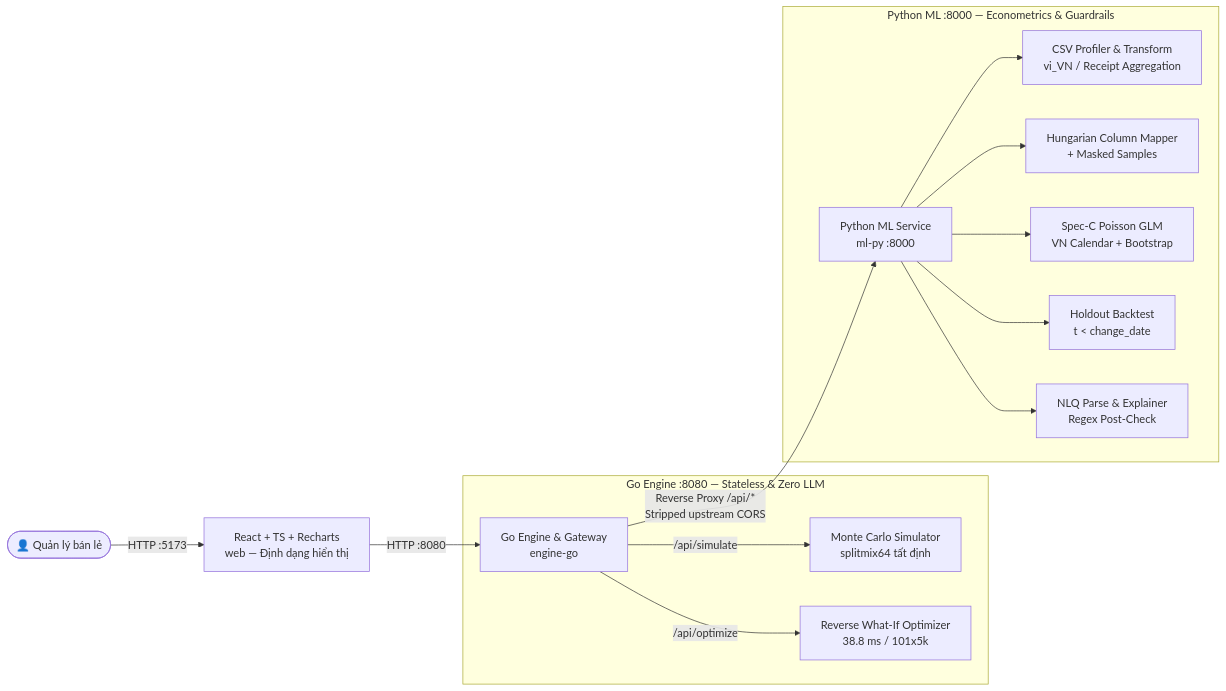
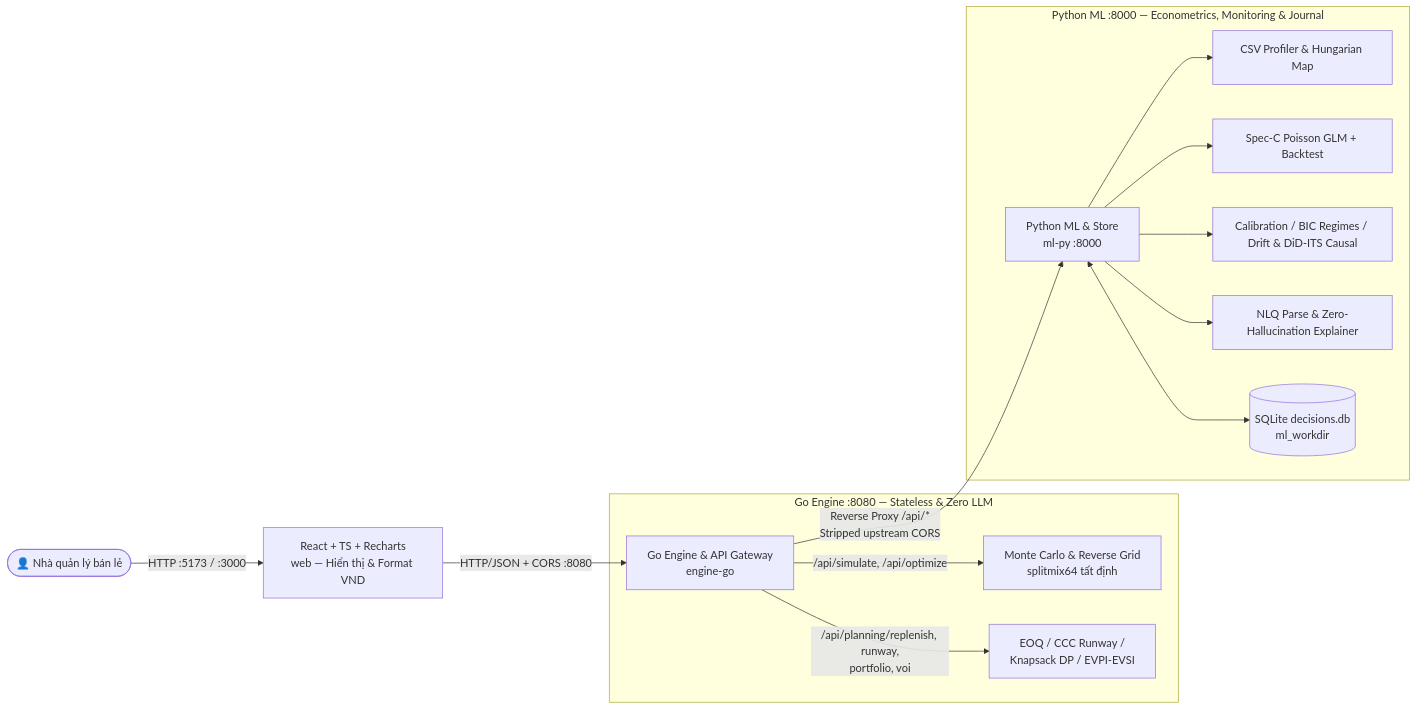
The diagram in README.md (Zubereus/Hackathon_AI_For_Business), drawn with Mermaid before and after one commit. The commit also changed other lines of this file and 27 other files, not shown here.

````diff
--- a/README.md
+++ b/README.md
@@ -44,20 +49,20 @@
 ```mermaid
 flowchart LR
-    User([👤 Quản lý bán lẻ]) -->|HTTP :5173| Web[React + TS + Recharts\nweb — Định dạng hiển thị]
-    Web -->|HTTP :8080| Gateway[Go Engine & Gateway\nengine-go]
+    User([👤 Nhà quản lý bán lẻ]) -->|HTTP :5173 / :3000| Web[React + TS + Recharts\nweb — Hiển thị & Format VND]
+    Web -->|HTTP/JSON + CORS :8080| Gateway[Go Engine & API Gateway\nengine-go]
 
     subgraph Go_Tier [Go Engine :8080 — Stateless & Zero LLM]
-        Gateway -->|/api/simulate| Sim[Monte Carlo Simulator\nsplitmix64 tất định]
-        Gateway -->|/api/optimize| Opt[Reverse What-If Optimizer\n38.8 ms / 101x5k]
+        Gateway -->|/api/simulate, /api/optimize| Sim[Monte Carlo & Reverse Grid\nsplitmix64 tất định]
+        Gateway -->|/api/planning/replenish, runway,\nportfolio, voi| Plan[EOQ / CCC Runway /\nKnapsack DP / EVPI-EVSI]
     end
 
-    Gateway -->|Reverse Proxy /api/*\nStripped upstream CORS| MLPy[Python ML Service\nml-py :8000]
+    Gateway -->|Reverse Proxy /api/*\nStripped upstream CORS| MLPy[Python ML & Store\nml-py :8000]
 
-    subgraph Py_Tier [Python ML :8000 — Econometrics & Guardrails]
-        MLPy --> Ingest[CSV Profiler & Transform\nvi_VN / Receipt Aggregation]
-        MLPy --> Map[Hungarian Column Mapper\n+ Masked Samples]
-        MLPy --> Fit[Spec-C Poisson GLM\nVN Calendar + Bootstrap]
-        MLPy --> Backtest[Holdout Backtest\nt < change_date]
-        MLPy --> NLQ[NLQ Parse & Explainer\nRegex Post-Check]
+    subgraph Py_Tier [Python ML :8000 — Econometrics, Monitoring & Journal]
+        MLPy --> Ingest[CSV Profiler & Hungarian Map]
+        MLPy --> Fit[Spec-C Poisson GLM + Backtest]
+        MLPy --> Monitor[Calibration / BIC Regimes / Drift & DiD-ITS Causal]
+        MLPy --> NLQ[NLQ Parse & Zero-Hallucination Explainer]
+        MLPy <--> DB[(SQLite decisions.db\nml_workdir)]
     end
 ```
````
